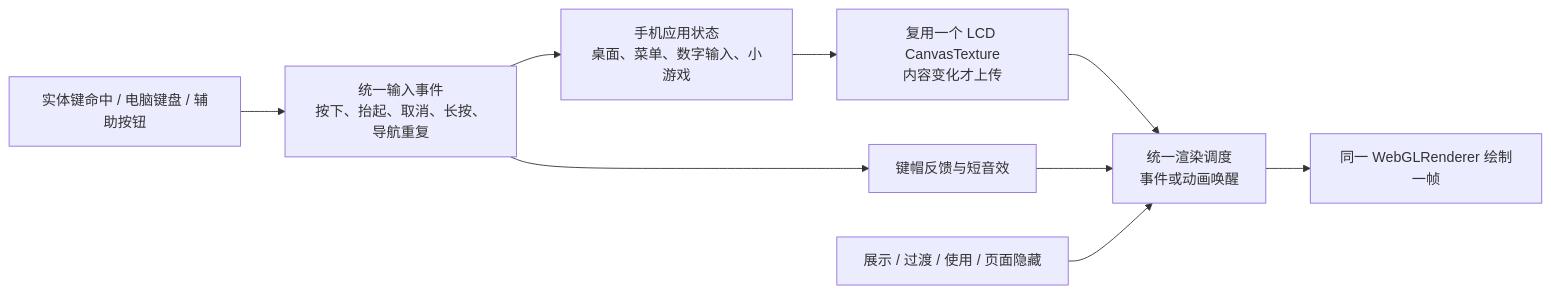
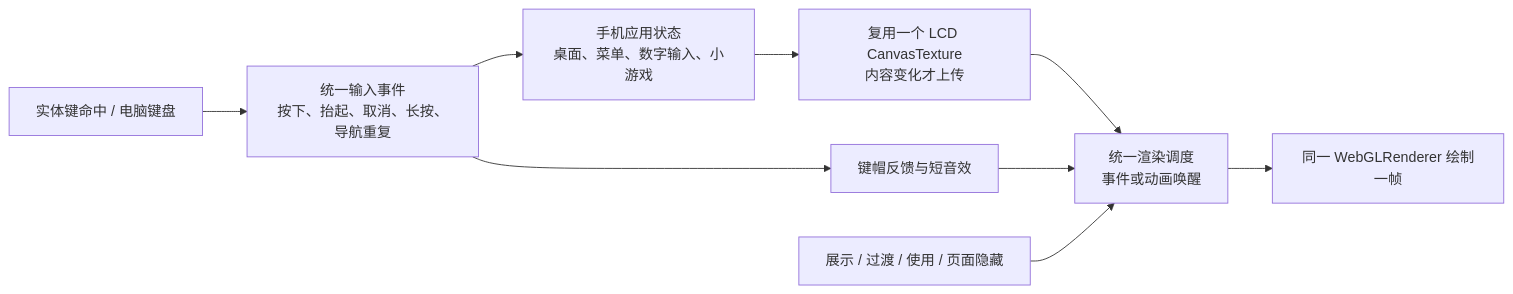
The fifth of 5 diagrams in README.md (xiaogoulingdi/Nokia3310), drawn with Mermaid before and after one commit. The commit also changed other lines of this file and 27 other files, not shown here.

````diff
--- a/README.md
+++ b/README.md
@@ -375,11 +376,11 @@
 ```mermaid
 flowchart LR
-    Input["实体键命中 / 电脑键盘 / 辅助按钮"] --> Events["统一输入事件<br/>按下、抬起、取消、长按、导航重复"]
+    Input["实体键命中 / 电脑键盘"] --> Events["统一输入事件<br/>按下、抬起、取消、长按、导航重复"]
     Events --> State["手机应用状态<br/>桌面、菜单、数字输入、小游戏"]
     Events --> Feedback["键帽反馈与短音效"]
     State --> LCD["复用一个 LCD CanvasTexture<br/>内容变化才上传"]
     LCD --> Scheduler["统一渲染调度<br/>事件或动画唤醒"]
     Feedback --> Scheduler
     Mode["展示 / 过渡 / 使用 / 页面隐藏"] --> Scheduler
     Scheduler --> Frame["同一 WebGLRenderer 绘制一帧"]
 ```
````
